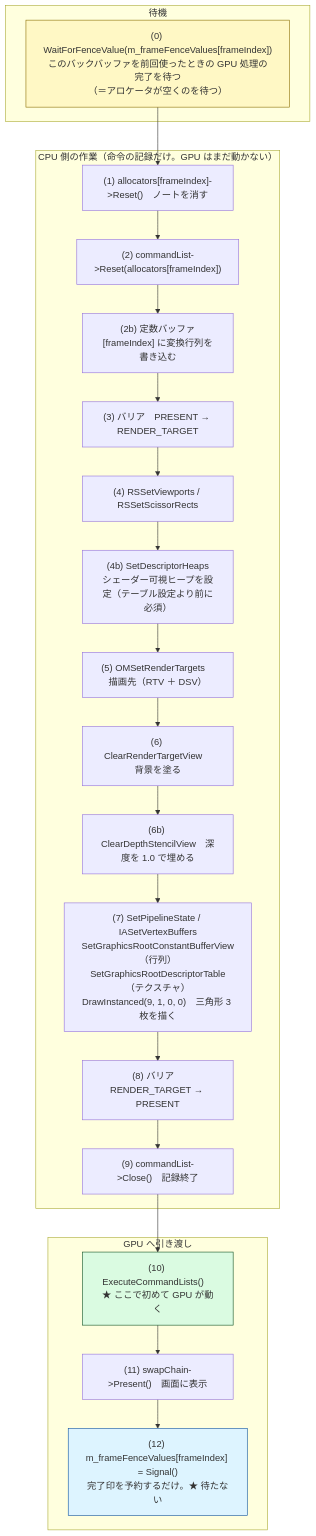
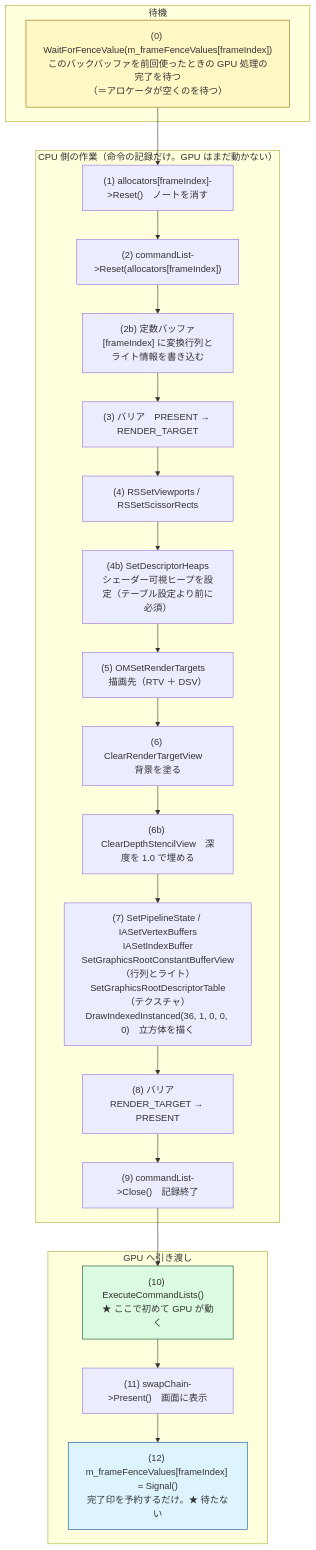
Before and after one commit to Tomonorarari-Think/DirectX12Dev: the third of 4 diagrams in docs/design/描画フロー.md, drawn with Mermaid. The commit also changed other lines of this file and 16 other files, not shown here.

````diff
--- a/docs/design/描画フロー.md
+++ b/docs/design/描画フロー.md
@@ -106,36 +106,36 @@
 ```mermaid
 flowchart TD
     subgraph WAIT["待機"]
         W0["(0) WaitForFenceValue(m_frameFenceValues[frameIndex])<br/>このバックバッファを前回使ったときの GPU 処理の完了を待つ<br/>（＝アロケータが空くのを待つ）"]
     end
 
     subgraph CPU["CPU 側の作業（命令の記録だけ。GPU はまだ動かない）"]
         C1["(1) allocators[frameIndex]->Reset()　ノートを消す"]
         C2["(2) commandList->Reset(allocators[frameIndex])"]
-        C2b["(2b) 定数バッファ[frameIndex] に変換行列を書き込む"]
+        C2b["(2b) 定数バッファ[frameIndex] に変換行列とライト情報を書き込む"]
         C3["(3) バリア　PRESENT → RENDER_TARGET"]
         C4["(4) RSSetViewports / RSSetScissorRects"]
         C4b["(4b) SetDescriptorHeaps<br/>シェーダー可視ヒープを設定（テーブル設定より前に必須）"]
         C5["(5) OMSetRenderTargets　描画先（RTV ＋ DSV）"]
         C6["(6) ClearRenderTargetView　背景を塗る"]
         C6b["(6b) ClearDepthStencilView　深度を 1.0 で埋める"]
-        C7["(7) SetPipelineState / IASetVertexBuffers<br/>SetGraphicsRootConstantBufferView（行列）<br/>SetGraphicsRootDescriptorTable（テクスチャ）<br/>DrawInstanced(9, 1, 0, 0)　三角形 3 枚を描く"]
+        C7["(7) SetPipelineState / IASetVertexBuffers<br/>IASetIndexBuffer<br/>SetGraphicsRootConstantBufferView（行列とライト）<br/>SetGraphicsRootDescriptorTable（テクスチャ）<br/>DrawIndexedInstanced(36, 1, 0, 0, 0)　立方体を描く"]
         C8["(8) バリア　RENDER_TARGET → PRESENT"]
         C9["(9) commandList->Close()　記録終了"]
         C1 --> C2 --> C2b --> C3 --> C4 --> C4b --> C5 --> C6 --> C6b --> C7 --> C8 --> C9
     end
 
     subgraph GPU["GPU へ引き渡し"]
         G10["(10) ExecuteCommandLists()　★ ここで初めて GPU が動く"]
         G11["(11) swapChain->Present()　画面に表示"]
         G12["(12) m_frameFenceValues[frameIndex] = Signal()<br/>完了印を予約するだけ。★ 待たない"]
         G10 --> G11 --> G12
     end
 
     W0 --> C1
     C9 --> G10
 
     style W0 fill:#fff8c5,stroke:#8a6d00
     style G10 fill:#dafbe1,stroke:#0d4f21
     style G12 fill:#ddf4ff,stroke:#0a4f9e
 ```
````
